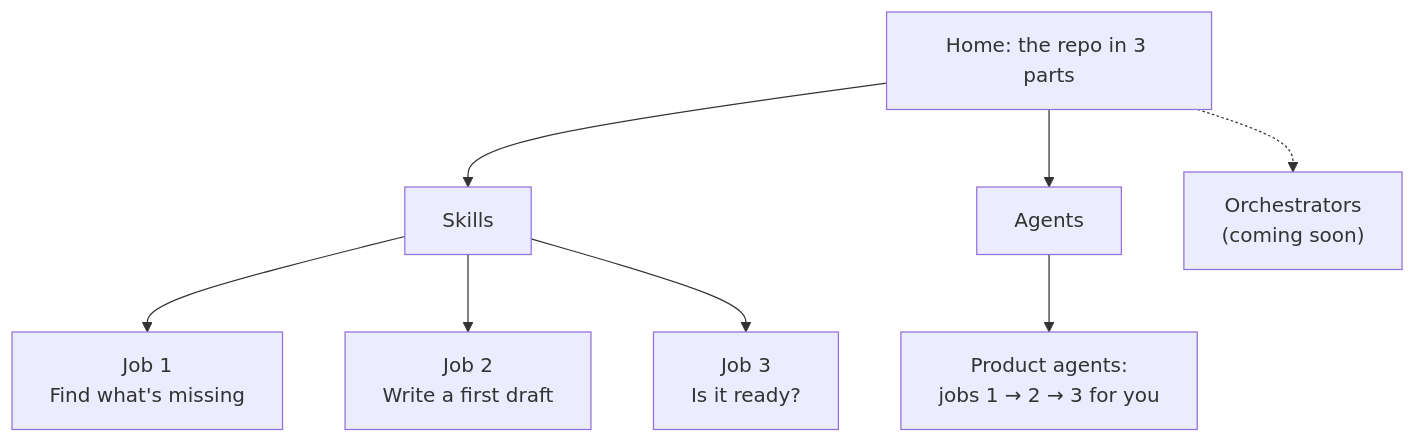
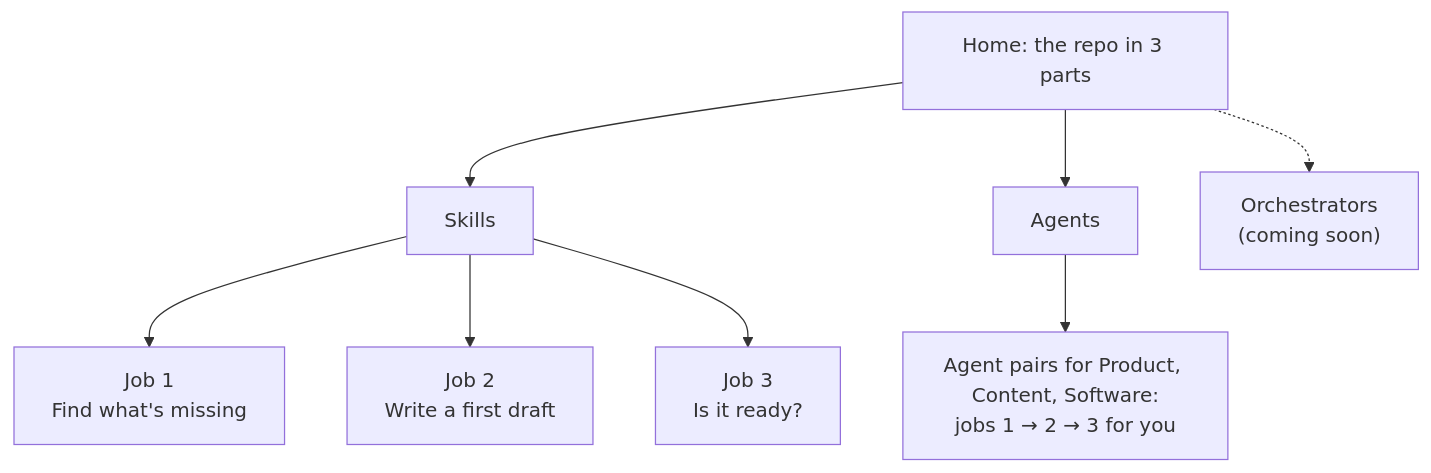
The diagram in web/README.md (khadir-syed/k_ai-agent-skills), drawn with Mermaid before and after one commit. The commit also changed other lines of this file and 12 other files, not shown here.

First line of the commit message:
Add Content and Software agent pair pages, with real recorded runs

````diff
--- a/web/README.md
+++ b/web/README.md
@@ -30,8 +31,8 @@
 ```mermaid
 flowchart TD
     H["Home: the repo in 3 parts"] --> S["Skills"]
     H --> A["Agents"]
     H -.-> O["Orchestrators<br/>(coming soon)"]
     S --> F["Job 1<br/>Find what's missing"] & D["Job 2<br/>Write a first draft"] & C["Job 3<br/>Is it ready?"]
-    A --> T["Product agents:<br/>jobs 1 → 2 → 3 for you"]
+    A --> T["Agent pairs for Product, Content, Software:<br/>jobs 1 → 2 → 3 for you"]
 ```
````
